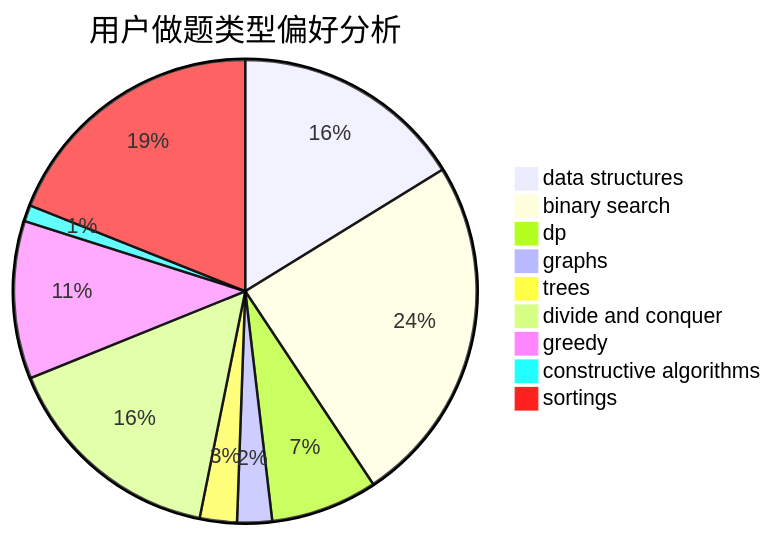
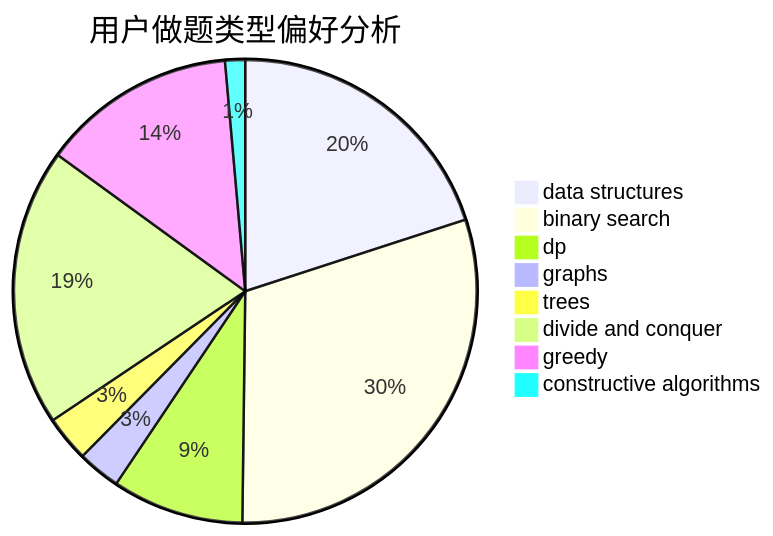
The second of 3 diagrams in docs/user/u429.md (sherpahu/cfrs.github.io), drawn with Mermaid before and after one commit. The commit also changed other lines of this file and 2769 other files, not shown here.

````diff
--- a/docs/user/u429.md
+++ b/docs/user/u429.md
@@ -18,12 +18,11 @@
 ```mermaid
 pie title 用户做题类型偏好分析
     "data structures" :  100
     "binary search" :  151
     "dp" :  46
     "graphs" :  15
     "trees" :  16
     "divide and conquer" :  97
     "greedy" :  68
     "constructive algorithms" :  7
-    "sortings" :  117
 ```
````
